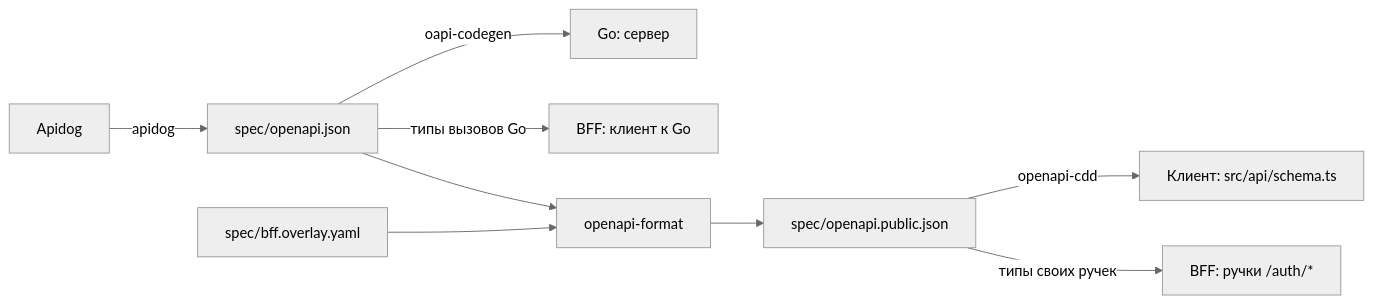
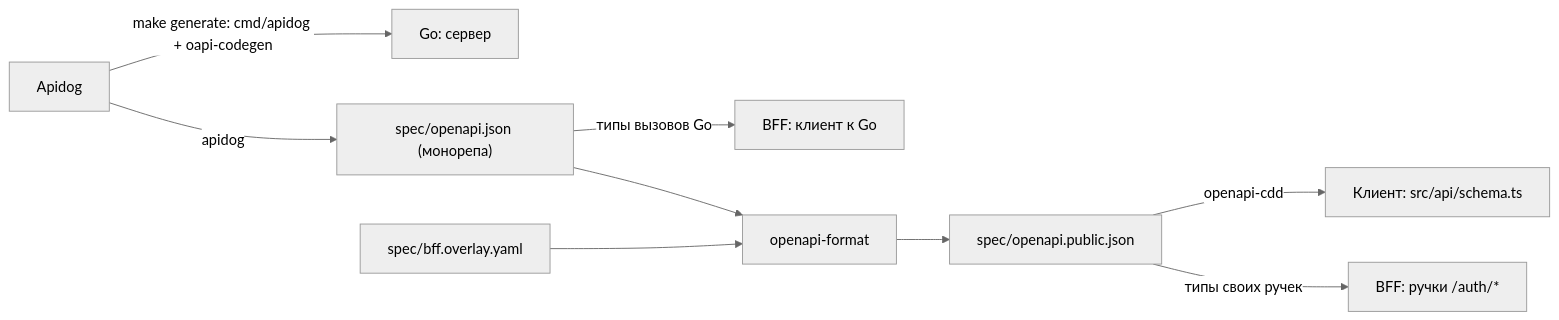
Before and after one commit to Cringe-Driven-Development-Team/docs: the diagram in site/bff/contract.md, drawn with Mermaid (neutral theme). The commit also changed other lines of this file and 3 other files, not shown here.

````diff
--- a/site/bff/contract.md
+++ b/site/bff/contract.md
@@ -13,11 +13,11 @@
 ```mermaid
 flowchart LR
-    D["Apidog"] -->|"apidog"| O["spec/openapi.json"]
-    O -->|"oapi-codegen"| G["Go: сервер"]
+    D["Apidog"] -->|"make generate: cmd/apidog + oapi-codegen"| G["Go: сервер"]
+    D -->|"apidog"| O["spec/openapi.json (монорепа)"]
     O -->|"типы вызовов Go"| BT["BFF: клиент к Go"]
     O --> F["openapi-format"]
     Y["spec/bff.overlay.yaml"] --> F
     F --> P["spec/openapi.public.json"]
     P -->|"openapi-cdd"| C["Клиент: src/api/schema.ts"]
     P -->|"типы своих ручек"| BS["BFF: ручки /auth/*"]
 ```
````
